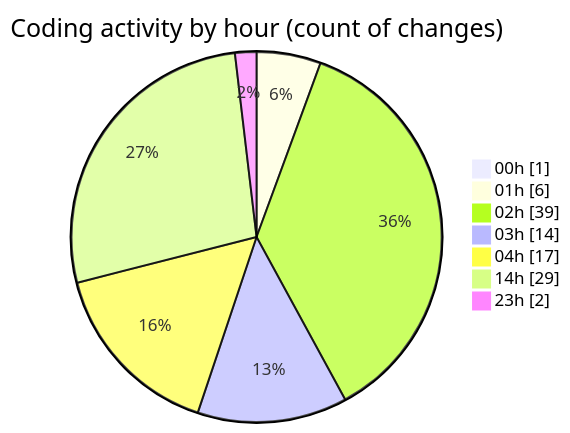
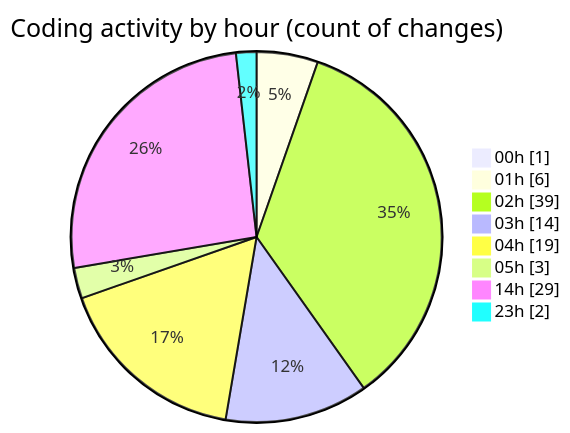
One commit to charlie-sans/code-tracking changed the second of 2 diagrams in 2025-02-19/masm/README.md. Above: the diagram before and after it, drawn with Mermaid. The commit also changed other lines of this file and 1 other file, not shown here.

````diff
--- a/2025-02-19/masm/README.md
+++ b/2025-02-19/masm/README.md
@@ -50,11 +52,12 @@
 ```mermaid
 pie showData
 title Coding activity by hour (count of changes)
 "00h" : 1
 "01h" : 6
 "02h" : 39
 "03h" : 14
-"04h" : 17
+"04h" : 19
+"05h" : 3
 "14h" : 29
 "23h" : 2
 ```
````
